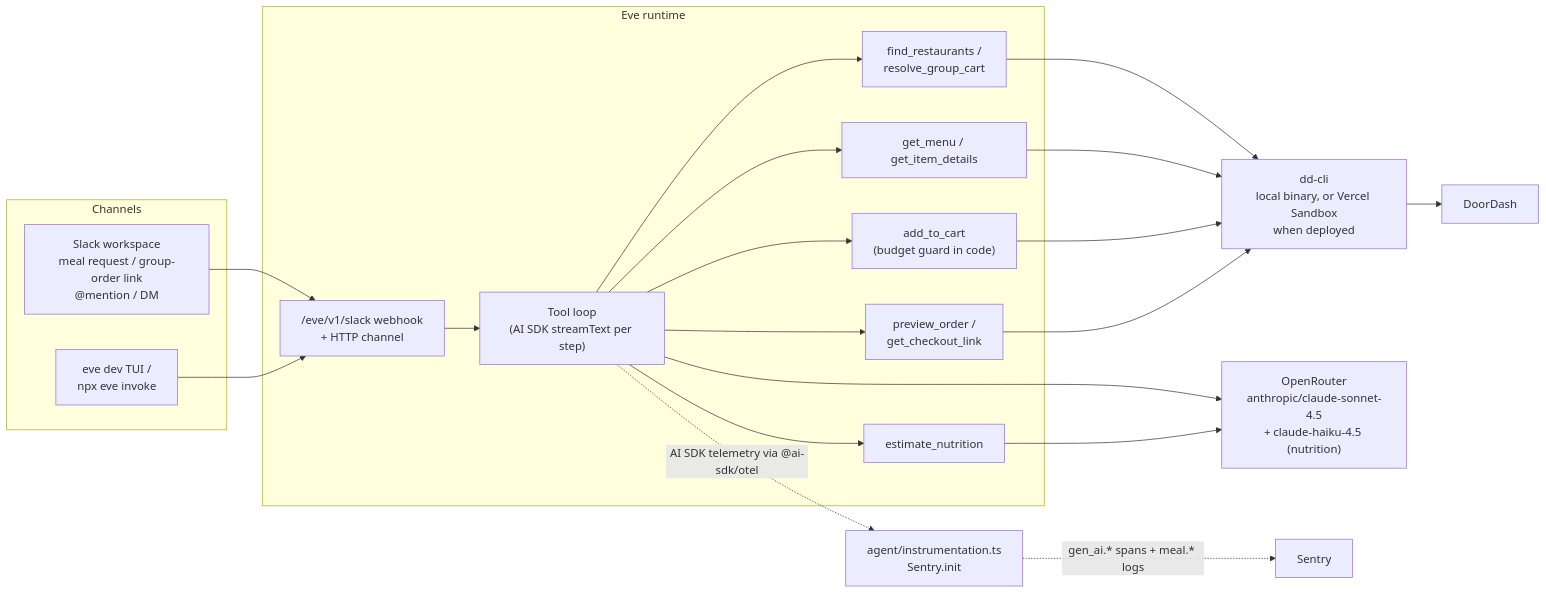
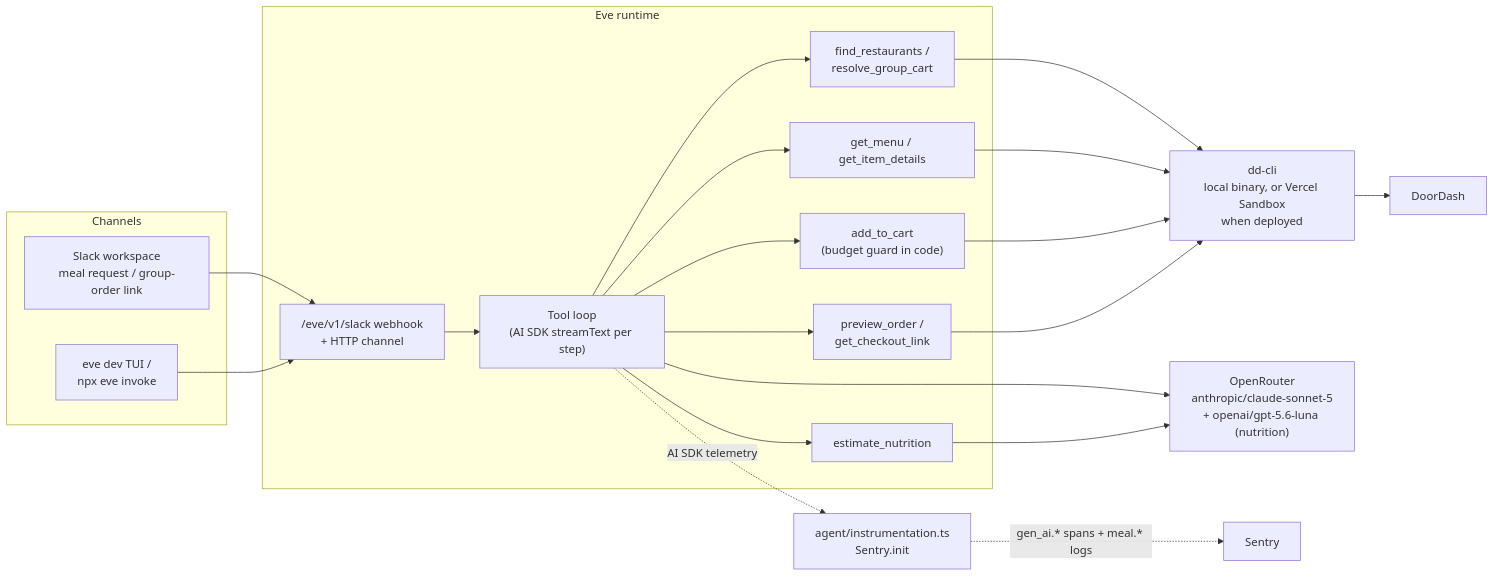
The first of 3 diagrams in ARCHITECTURE.md (getsentry/sentry-agent-tracing-examples), drawn with Mermaid before and after one commit. The commit also changed other lines of this file and 141 other files, not shown here.

````diff
--- a/ARCHITECTURE.md
+++ b/ARCHITECTURE.md
@@ -70,33 +66,33 @@
 ```mermaid
 flowchart LR
     subgraph channels["Channels"]
-        slack["Slack workspace<br/>meal request / group-order link<br/>@mention / DM"]
+        slack["Slack workspace<br/>meal request / group-order link"]
         tui["eve dev TUI /<br/>npx eve invoke"]
     end
     subgraph eve["Eve runtime"]
         webhook["/eve/v1/slack webhook<br/>+ HTTP channel"]
         loop["Tool loop<br/>(AI SDK streamText per step)"]
         t1["find_restaurants /<br/>resolve_group_cart"]
         t2["get_menu / get_item_details"]
         t3["estimate_nutrition"]
         t4["add_to_cart<br/>(budget guard in code)"]
         t5["preview_order /<br/>get_checkout_link"]
     end
     dd["dd-cli<br/>local binary, or Vercel Sandbox<br/>when deployed"]
     dash["DoorDash"]
-    or["OpenRouter<br/>anthropic/claude-sonnet-4.5<br/>+ claude-haiku-4.5 (nutrition)"]
+    or["OpenRouter<br/>anthropic/claude-sonnet-5<br/>+ openai/gpt-5.6-luna (nutrition)"]
     inst["agent/instrumentation.ts<br/>Sentry.init"]
     sentry["Sentry"]
 
     slack --> webhook
     tui --> webhook
     webhook --> loop
     loop --> or
     loop --> t1 & t2 & t4 & t5
     loop --> t3
     t3 --> or
     t1 & t2 & t4 & t5 --> dd
     dd --> dash
-    loop -. "AI SDK telemetry via @ai-sdk/otel" .-> inst
+    loop -. "AI SDK telemetry" .-> inst
     inst -. "gen_ai.* spans + meal.* logs" .-> sentry
 ```
````
